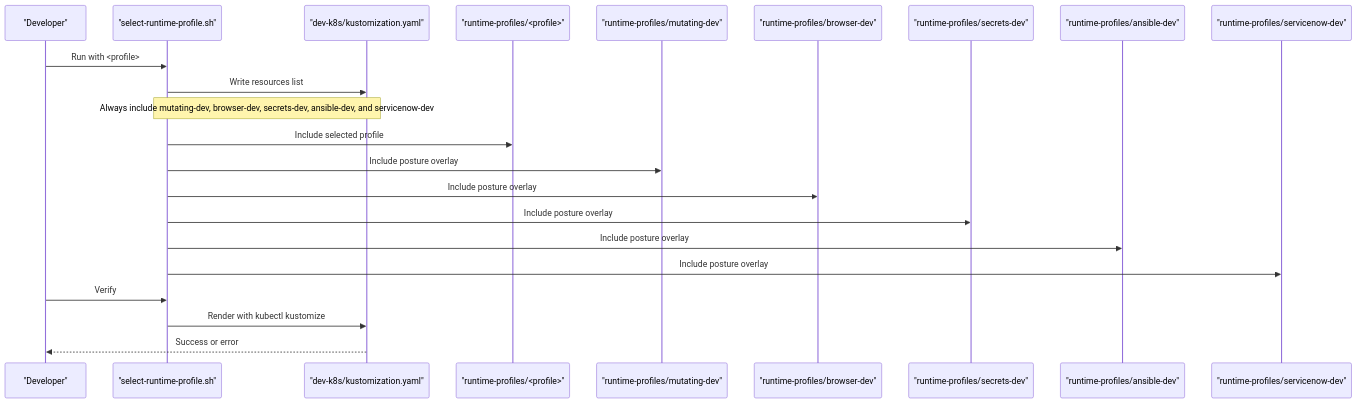
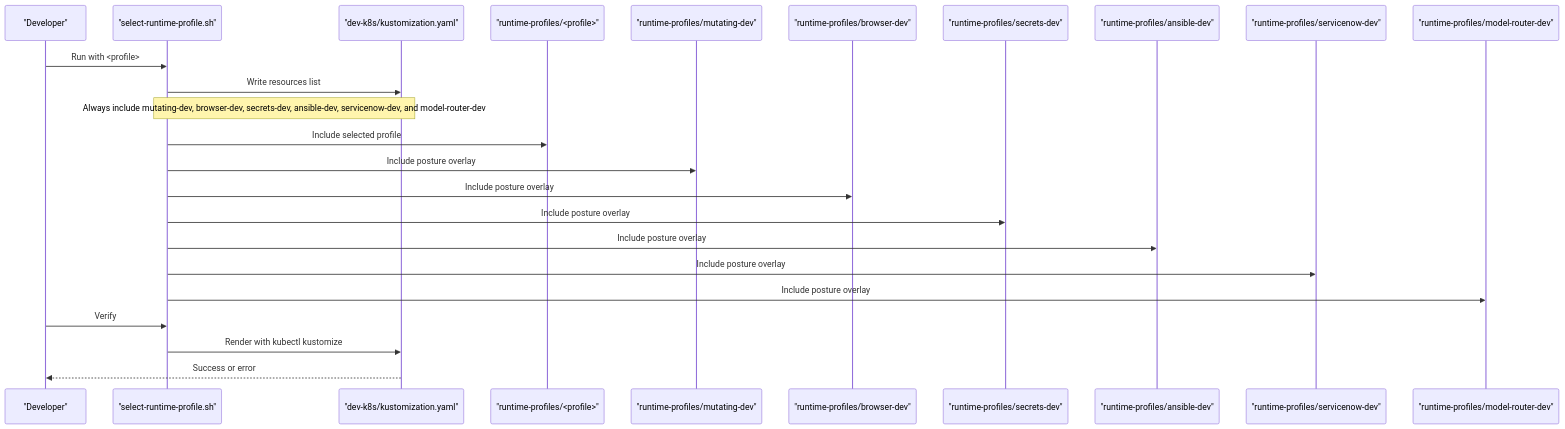
The second of 10 diagrams in .qoder/repowiki/en/content/Deployment and Operations/Kubernetes Deployment/Runtime Profiles.md (metasync/luban-aiops), drawn with Mermaid before and after one commit. The commit also changed other lines of this file and 23 other files, not shown here.

````diff
--- a/.qoder/repowiki/en/content/Deployment and Operations/Kubernetes Deployment/Runtime Profiles.md
+++ b/.qoder/repowiki/en/content/Deployment and Operations/Kubernetes Deployment/Runtime Profiles.md
@@ -137,24 +142,26 @@
 ```mermaid
 sequenceDiagram
 participant Dev as "Developer"
 participant Sel as "select-runtime-profile.sh"
 participant Kum as "dev-k8s/kustomization.yaml"
 participant Prof as "runtime-profiles/<profile>"
 participant PostM as "runtime-profiles/mutating-dev"
 participant PostB as "runtime-profiles/browser-dev"
 participant PostS as "runtime-profiles/secrets-dev"
 participant PostA as "runtime-profiles/ansible-dev"
 participant PostN as "runtime-profiles/servicenow-dev"
+participant PostR as "runtime-profiles/model-router-dev"
 Dev->>Sel : Run with <profile>
 Sel->>Kum : Write resources list
-Note over Sel,Kum : Always include mutating-dev, browser-dev, secrets-dev, ansible-dev, and servicenow-dev
+Note over Sel,Kum : Always include mutating-dev, browser-dev, secrets-dev, ansible-dev, servicenow-dev, and model-router-dev
 Sel->>Prof : Include selected profile
 Sel->>PostM : Include posture overlay
 Sel->>PostB : Include posture overlay
 Sel->>PostS : Include posture overlay
 Sel->>PostA : Include posture overlay
 Sel->>PostN : Include posture overlay
+Sel->>PostR : Include posture overlay
 Dev->>Sel : Verify
 Sel->>Kum : Render with kubectl kustomize
 Kum-->>Dev : Success or error
 ```
````
